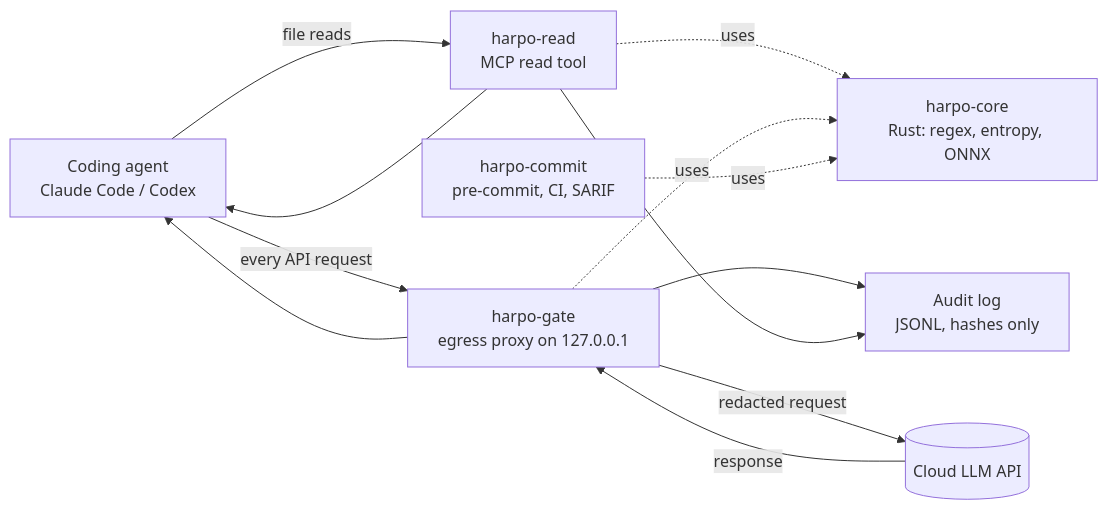
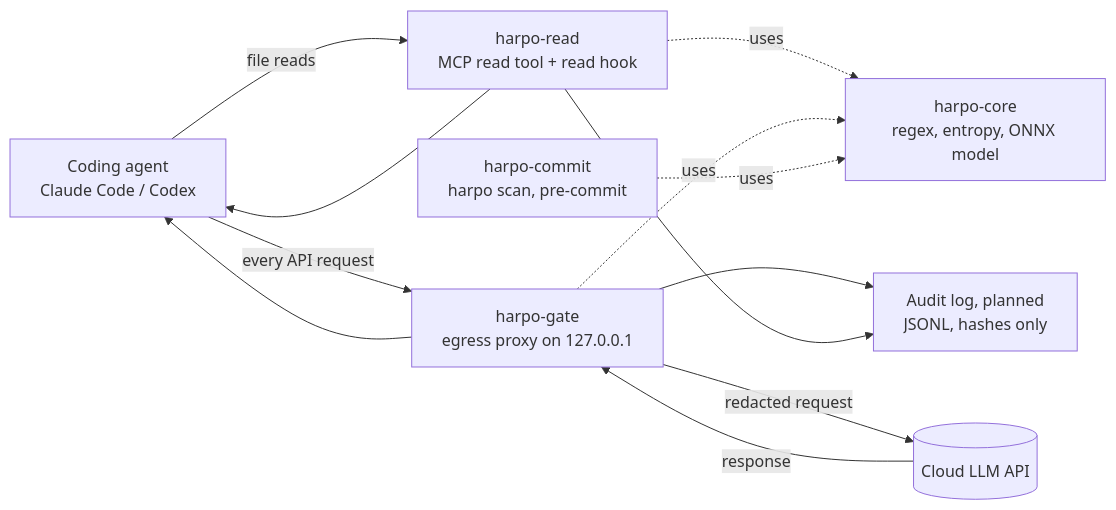
The first of 2 diagrams in docs/design.md (Skipa776/Harpocrates), drawn with Mermaid before and after one commit. The commit also changed other lines of this file and 5 other files, not shown here.

````diff
--- a/docs/design.md
+++ b/docs/design.md
@@ -369,13 +415,13 @@
 ```mermaid
 flowchart LR
-  A[Coding agent<br/>Claude Code / Codex] -->|file reads| R[harpo-read<br/>MCP read tool]
+  A[Coding agent<br/>Claude Code / Codex] -->|file reads| R[harpo-read<br/>MCP read tool + read hook]
   R --> A
   A -->|every API request| G[harpo-gate<br/>egress proxy on 127.0.0.1]
   G -->|redacted request| P[(Cloud LLM API)]
   P -->|response| G --> A
-  R -.uses.-> C[harpo-core<br/>Rust: regex, entropy, ONNX]
+  R -.uses.-> C[harpo-core<br/>regex, entropy, ONNX model]
   G -.uses.-> C
-  K[harpo-commit<br/>pre-commit, CI, SARIF] -.uses.-> C
-  G --> L[Audit log<br/>JSONL, hashes only]
+  K[harpo-commit<br/>harpo scan, pre-commit] -.uses.-> C
+  G --> L[Audit log, planned<br/>JSONL, hashes only]
   R --> L
 ```
````
